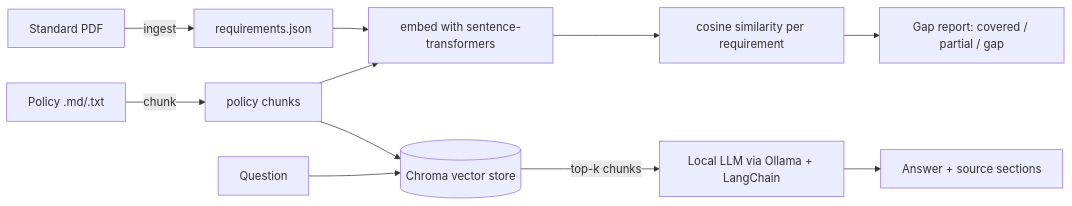
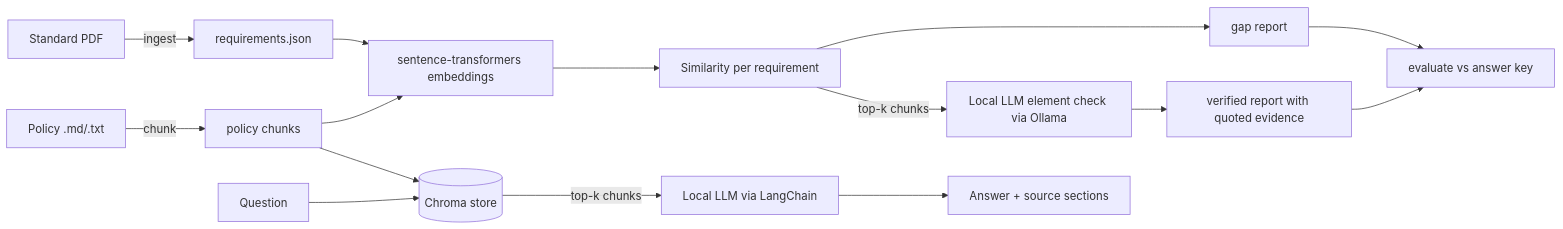
Before and after one commit to noshin-nawar5/PolicyLens: the diagram in README.md, drawn with Mermaid. The commit also changed other lines of this file, not shown here.

````diff
--- a/README.md
+++ b/README.md
@@ -18,13 +19,17 @@
 ```mermaid
 flowchart LR
     A[Standard PDF] -->|ingest| B[requirements.json]
     P[Policy .md/.txt] -->|chunk| C[policy chunks]
-    B --> E[embed with sentence-transformers]
+    B --> E[sentence-transformers embeddings]
     C --> E
-    E --> G[cosine similarity per requirement]
-    G --> R[Gap report: covered / partial / gap]
-    C --> V[(Chroma vector store)]
-    Q[Question] --> V
-    V -->|top-k chunks| L[Local LLM via Ollama + LangChain]
-    L --> S[Answer + source sections]
+    E --> G[Similarity per requirement]
+    G --> R1[gap report]
+    G -->|top-k chunks| V[Local LLM element check via Ollama]
+    V --> R2[verified report with quoted evidence]
+    C --> S[(Chroma store)]
+    Q[Question] --> S
+    S -->|top-k chunks| L[Local LLM via LangChain]
+    L --> ANS[Answer + source sections]
+    R1 --> EV[evaluate vs answer key]
+    R2 --> EV
 ```
````
